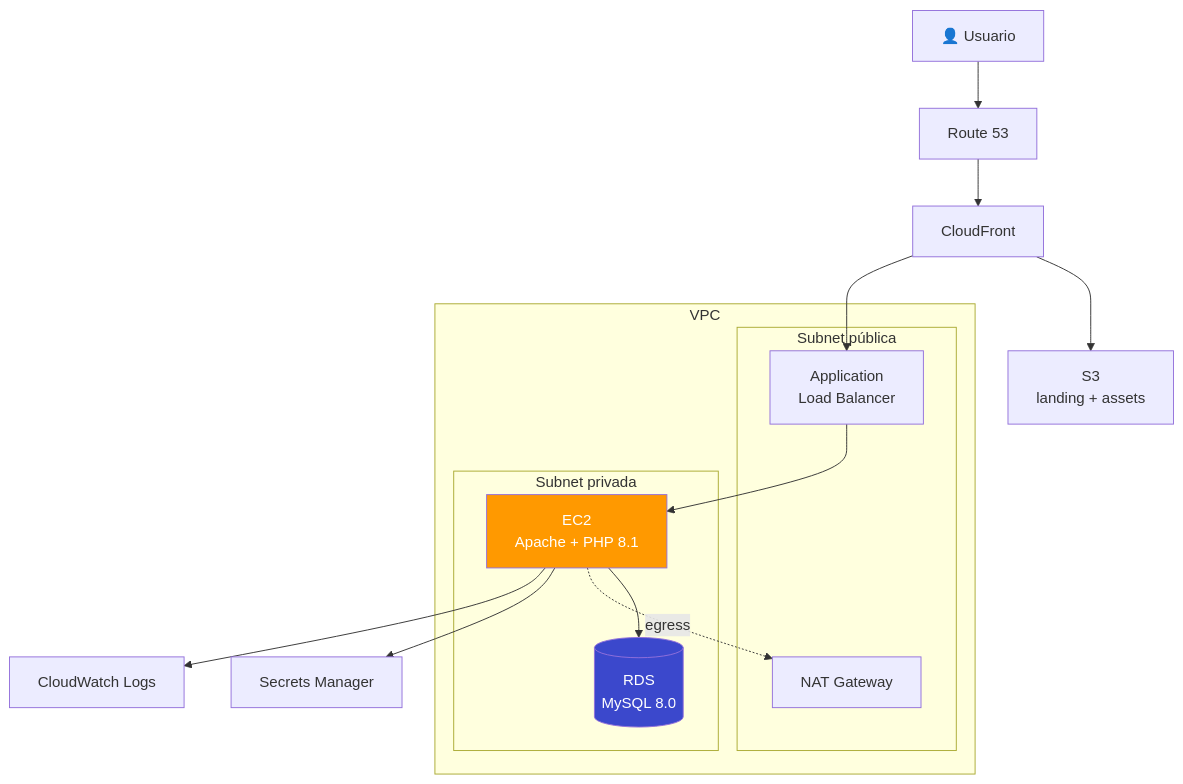
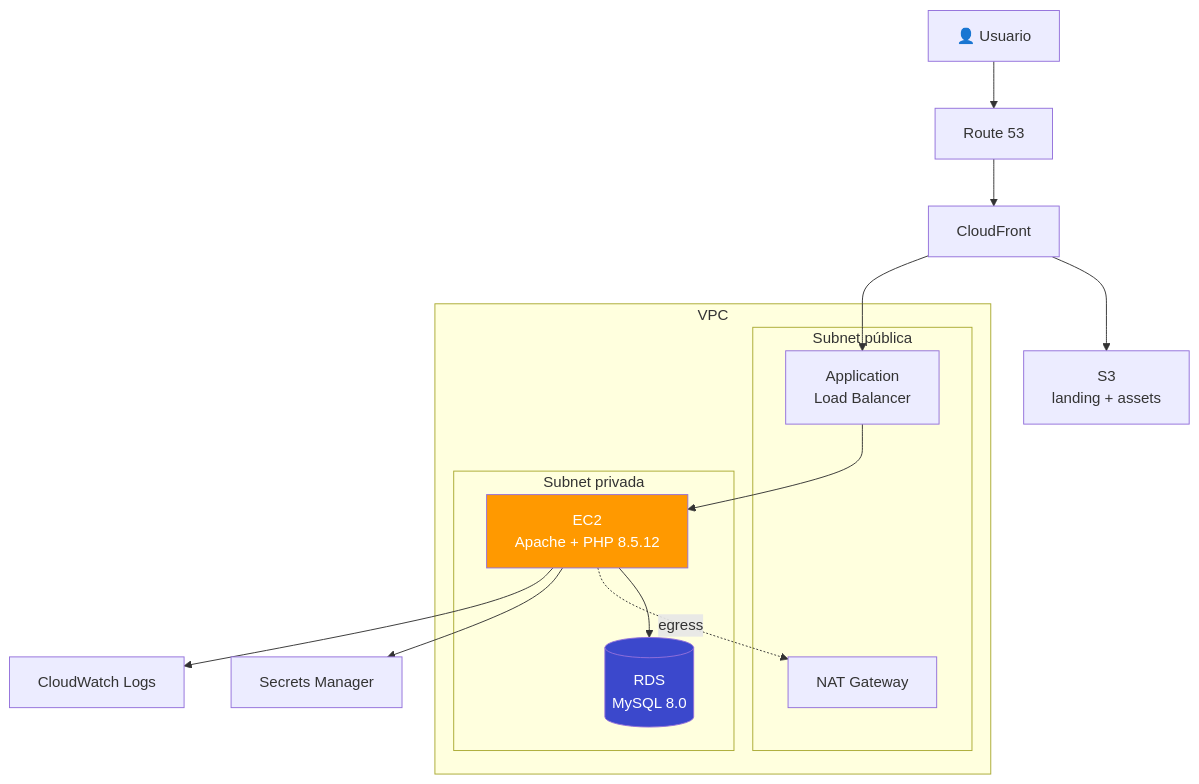
Before and after one commit to vladimiracunadev-create/microsistemas: the third of 7 diagrams in docs/AWS_MIGRATION.md, drawn with Mermaid. The commit also changed other lines of this file and 82 other files, not shown here.

````diff
--- a/docs/AWS_MIGRATION.md
+++ b/docs/AWS_MIGRATION.md
@@ -150,24 +150,24 @@
 ```mermaid
 graph TB
     User["👤 Usuario"] --> R53["Route 53"]
     R53 --> CF["CloudFront"]
     CF --> S3["S3<br/>landing + assets"]
     CF --> ALB["Application<br/>Load Balancer"]
     subgraph VPC["VPC"]
         subgraph Pub["Subnet pública"]
             ALB
             NAT["NAT Gateway"]
         end
         subgraph Priv["Subnet privada"]
-            EC2["EC2<br/>Apache + PHP 8.1"]
+            EC2["EC2<br/>Apache + PHP 8.5.12"]
             RDS[("RDS<br/>MySQL 8.0")]
         end
         ALB --> EC2
         EC2 --> RDS
         EC2 -.egress.-> NAT
     end
     EC2 --> SM["Secrets Manager"]
     EC2 --> CW["CloudWatch Logs"]
     style EC2 fill:#FF9900,color:#fff
     style RDS fill:#3B48CC,color:#fff
 ```
````
